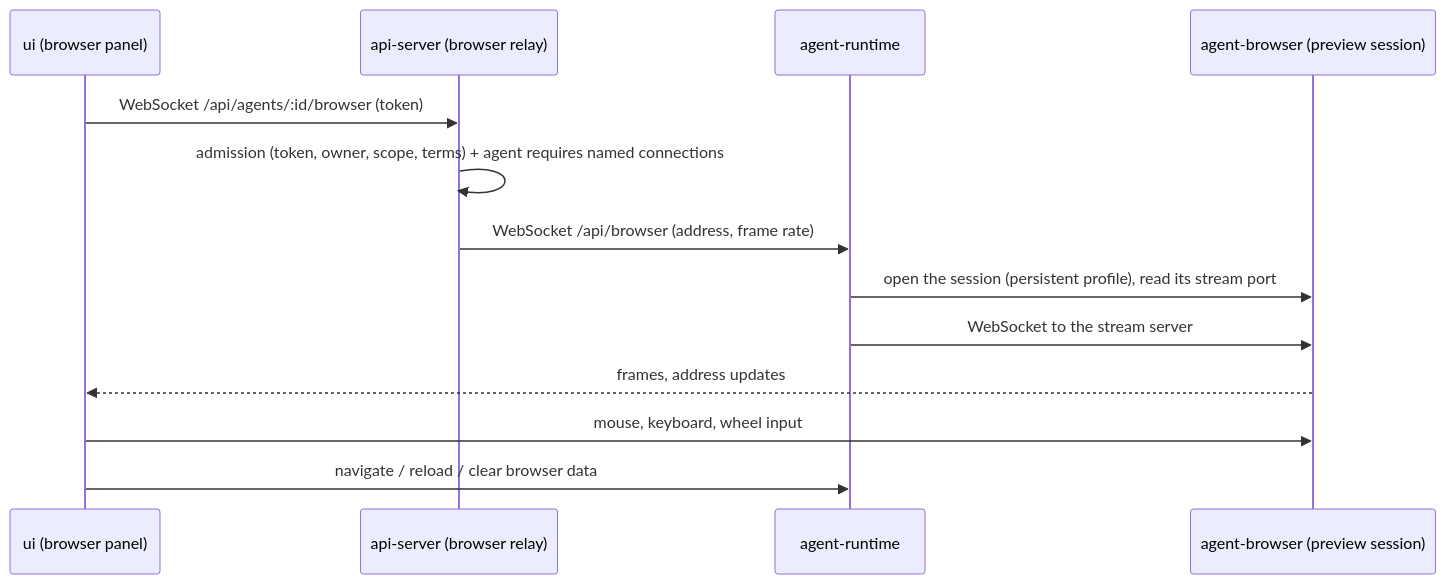
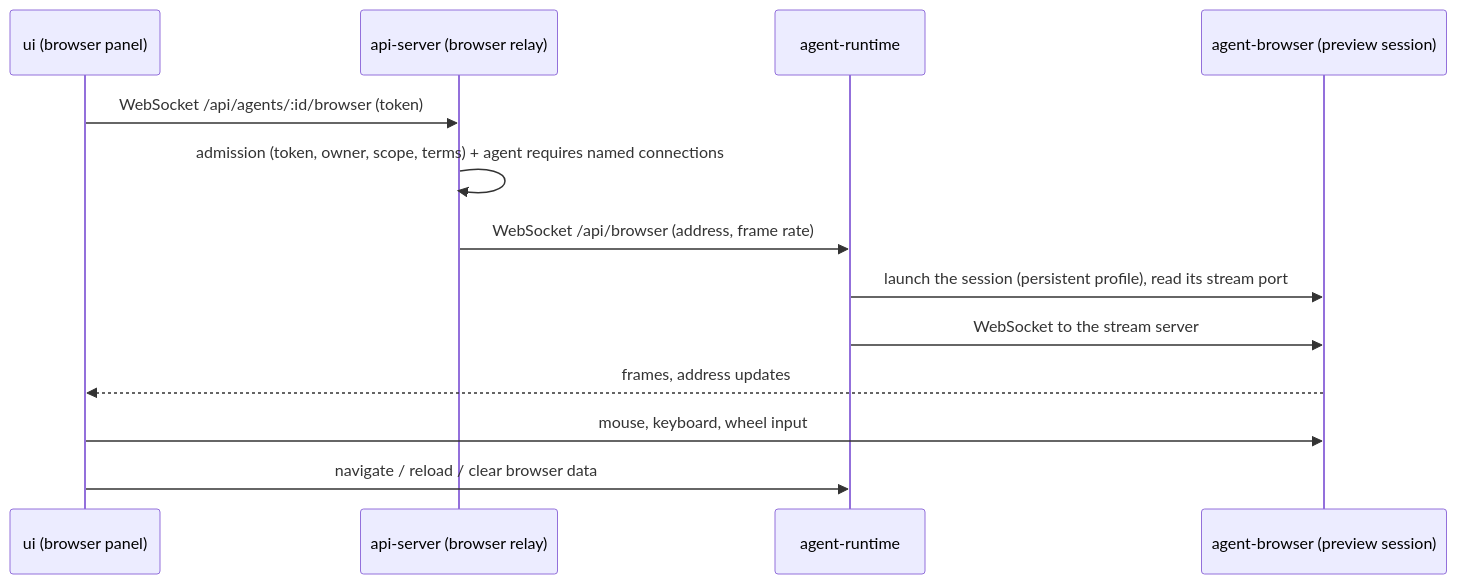
Before and after one commit to dam-agents/dam: the diagram in docs/architecture/browser-panel.md, drawn with Mermaid. The commit also changed other lines of this file and 10 other files, not shown here.

````diff
--- a/docs/architecture/browser-panel.md
+++ b/docs/architecture/browser-panel.md
@@ -28,15 +35,15 @@
 ```mermaid
 sequenceDiagram
   participant UI as ui (browser panel)
   participant API as api-server (browser relay)
   participant RT as agent-runtime
   participant AB as agent-browser (preview session)
   UI->>API: WebSocket /api/agents/:id/browser (token)
   API->>API: admission (token, owner, scope, terms) + agent requires named connections
   API->>RT: WebSocket /api/browser (address, frame rate)
-  RT->>AB: open the session (persistent profile), read its stream port
+  RT->>AB: launch the session (persistent profile), read its stream port
   RT->>AB: WebSocket to the stream server
   AB-->>UI: frames, address updates
   UI->>AB: mouse, keyboard, wheel input
   UI->>RT: navigate / reload / clear browser data
 ```
````
